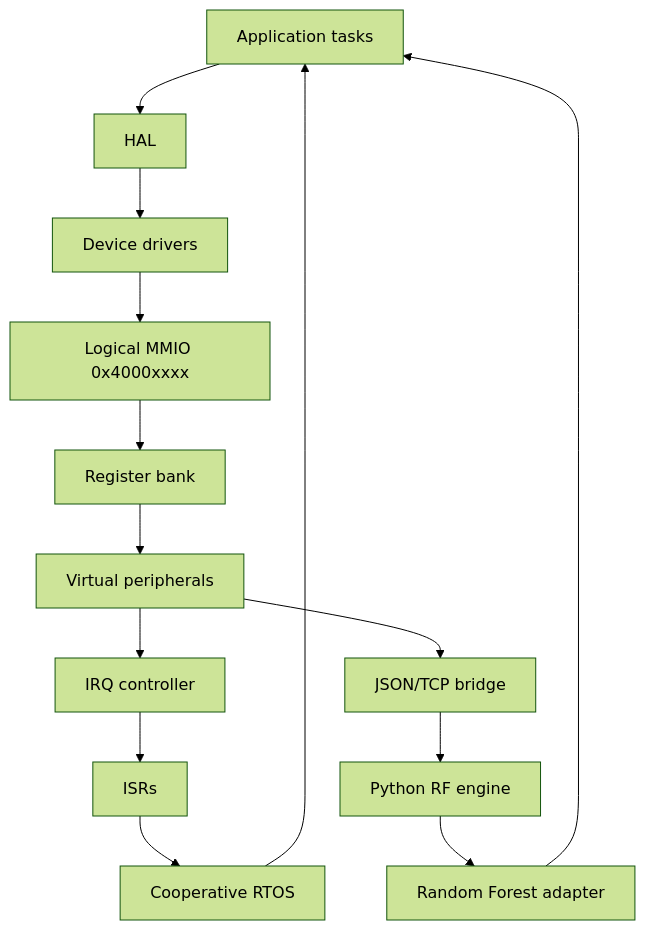
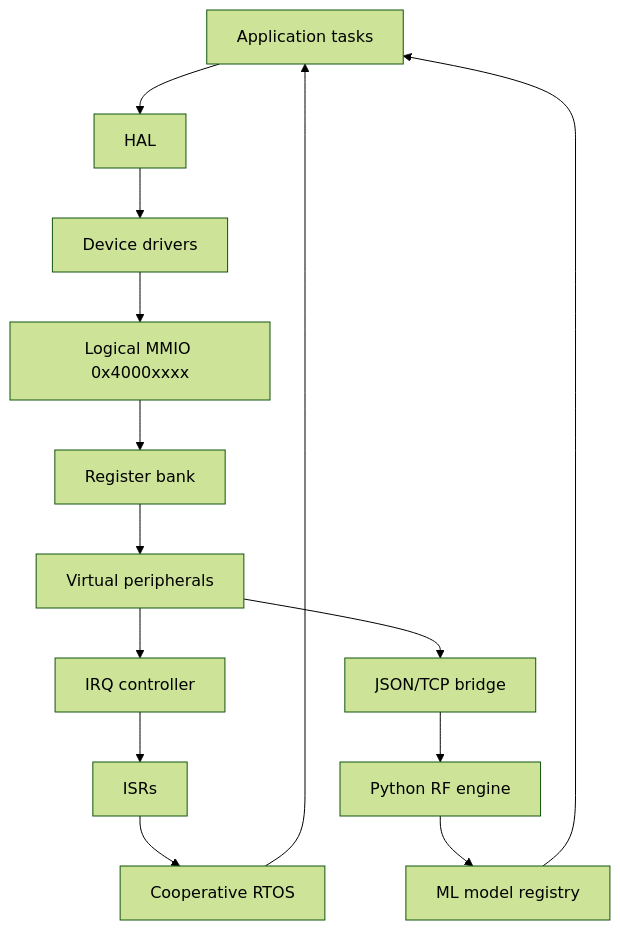
The diagram in docs/architecture/system.md (just-ketan/microlink_v1), drawn with Mermaid (forest theme) before and after one commit. The commit also changed 31 other files, not shown here.

Commit message:
Add v0.2 enhancements: cycle model, host IQ SDR, ML registry, and docs

````diff
--- a/docs/architecture/system.md
+++ b/docs/architecture/system.md
@@ -3,16 +3,16 @@
 ```mermaid
 flowchart TD
   APP[Application tasks] --> HAL[HAL]
   HAL --> DRV[Device drivers]
   DRV --> MMIO[Logical MMIO 0x4000xxxx]
   MMIO --> REG[Register bank]
   REG --> PER[Virtual peripherals]
   PER --> IRQ[IRQ controller]
   IRQ --> ISR[ISRs]
   ISR --> RTOS[Cooperative RTOS]
   RTOS --> APP
   PER --> BR[JSON/TCP bridge]
   BR --> RF[Python RF engine]
-  RF --> ML[Random Forest adapter]
+  RF --> ML[ML model registry]
   ML --> APP
 ```
````
